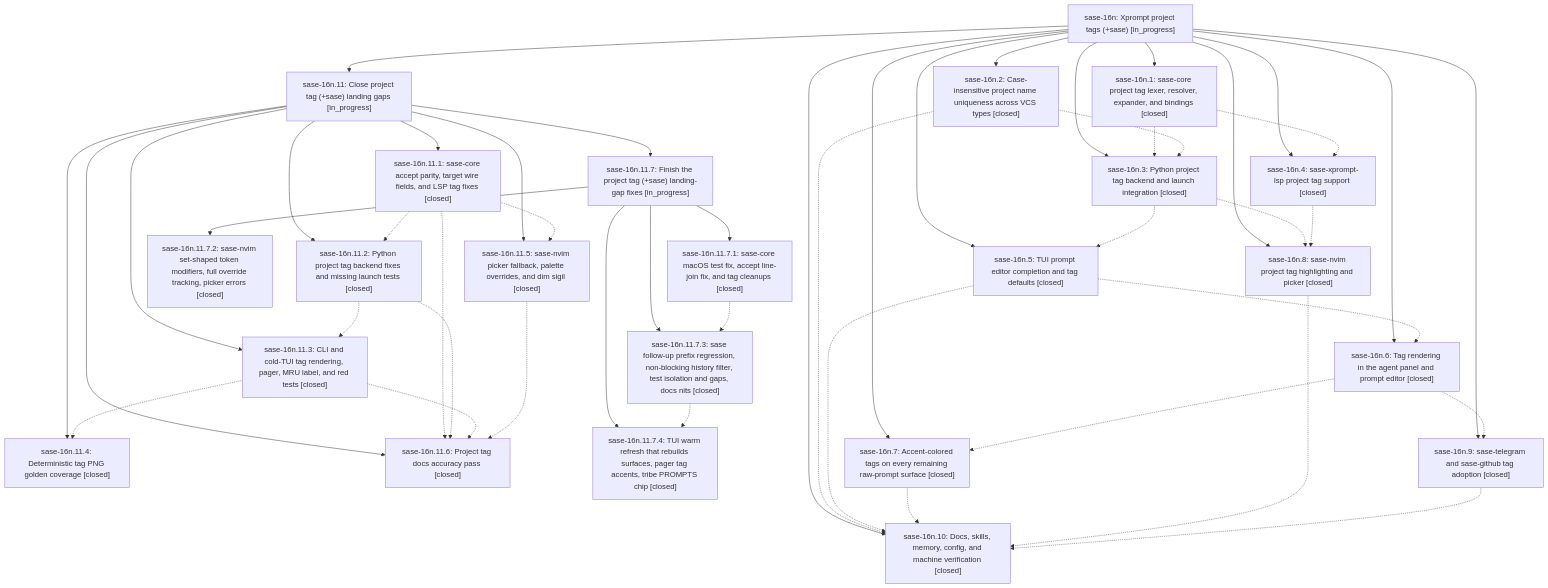
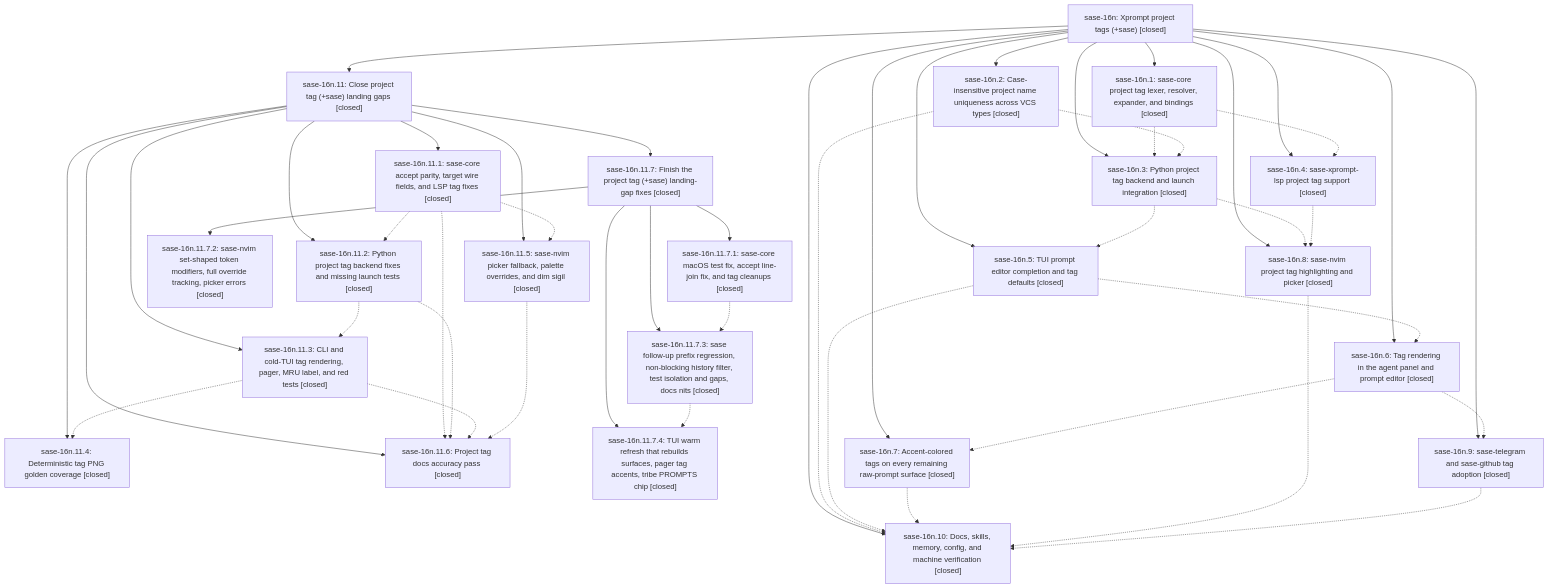
Before and after one commit to sase-org/sase--beads: the diagram in pages/sase-16n/README.md, drawn with Mermaid. The commit also changed other lines of this file and 6 other files, not shown here.

````diff
--- a/pages/sase-16n/README.md
+++ b/pages/sase-16n/README.md
@@ -35,72 +37,72 @@
 ```mermaid
 flowchart TD
-    n0["sase-16n: Xprompt project tags (+sase) [in_progress]"]
+    n0["sase-16n: Xprompt project tags (+sase) [closed]"]
     n1["sase-16n.1: sase-core project tag lexer, resolver, expander, and bindings [closed]"]
     n2["sase-16n.10: Docs, skills, memory, config, and machine verification [closed]"]
-    n3["sase-16n.11: Close project tag (+sase) landing gaps [in_progress]"]
+    n3["sase-16n.11: Close project tag (+sase) landing gaps [closed]"]
     n4["sase-16n.11.1: sase-core accept parity, target wire fields, and LSP tag fixes [closed]"]
     n5["sase-16n.11.2: Python project tag backend fixes and missing launch tests [closed]"]
     n6["sase-16n.11.3: CLI and cold-TUI tag rendering, pager, MRU label, and red tests [closed]"]
     n7["sase-16n.11.4: Deterministic tag PNG golden coverage [closed]"]
     n8["sase-16n.11.5: sase-nvim picker fallback, palette overrides, and dim sigil [closed]"]
     n9["sase-16n.11.6: Project tag docs accuracy pass [closed]"]
-    n10["sase-16n.11.7: Finish the project tag (+sase) landing-gap fixes [in_progress]"]
+    n10["sase-16n.11.7: Finish the project tag (+sase) landing-gap fixes [closed]"]
     n11["sase-16n.11.7.1: sase-core macOS test fix, accept line-join fix, and tag cleanups [closed]"]
     n12["sase-16n.11.7.2: sase-nvim set-shaped token modifiers, full override tracking, picker errors [closed]"]
     n13["sase-16n.11.7.3: sase follow-up prefix regression, non-blocking history filter, test isolation and gaps, docs nits [closed]"]
     n14["sase-16n.11.7.4: TUI warm refresh that rebuilds surfaces, pager tag accents, tribe PROMPTS chip [closed]"]
     n15["sase-16n.2: Case-insensitive project name uniqueness across VCS types [closed]"]
     n16["sase-16n.3: Python project tag backend and launch integration [closed]"]
     n17["sase-16n.4: sase-xprompt-lsp project tag support [closed]"]
     n18["sase-16n.5: TUI prompt editor completion and tag defaults [closed]"]
     n19["sase-16n.6: Tag rendering in the agent panel and prompt editor [closed]"]
     n20["sase-16n.7: Accent-colored tags on every remaining raw-prompt surface [closed]"]
     n21["sase-16n.8: sase-nvim project tag highlighting and picker [closed]"]
     n22["sase-16n.9: sase-telegram and sase-github tag adoption [closed]"]
     n0 --> n1
     n0 --> n2
     n0 --> n3
     n3 --> n4
     n3 --> n5
     n3 --> n6
     n3 --> n7
     n3 --> n8
     n3 --> n9
     n3 --> n10
     n10 --> n11
     n10 --> n12
     n10 --> n13
     n10 --> n14
     n0 --> n15
     n0 --> n16
     n0 --> n17
     n0 --> n18
     n0 --> n19
     n0 --> n20
     n0 --> n21
     n0 --> n22
     n1 -.-> n16
     n1 -.-> n17
     n4 -.-> n5
     n4 -.-> n8
     n4 -.-> n9
     n5 -.-> n6
     n5 -.-> n9
     n6 -.-> n7
     n6 -.-> n9
     n8 -.-> n9
     n11 -.-> n13
     n13 -.-> n14
     n15 -.-> n2
     n15 -.-> n16
     n16 -.-> n18
     n16 -.-> n21
     n17 -.-> n21
     n18 -.-> n2
     n18 -.-> n19
     n19 -.-> n20
     n19 -.-> n22
     n20 -.-> n2
     n21 -.-> n2
     n22 -.-> n2
 ```
````
